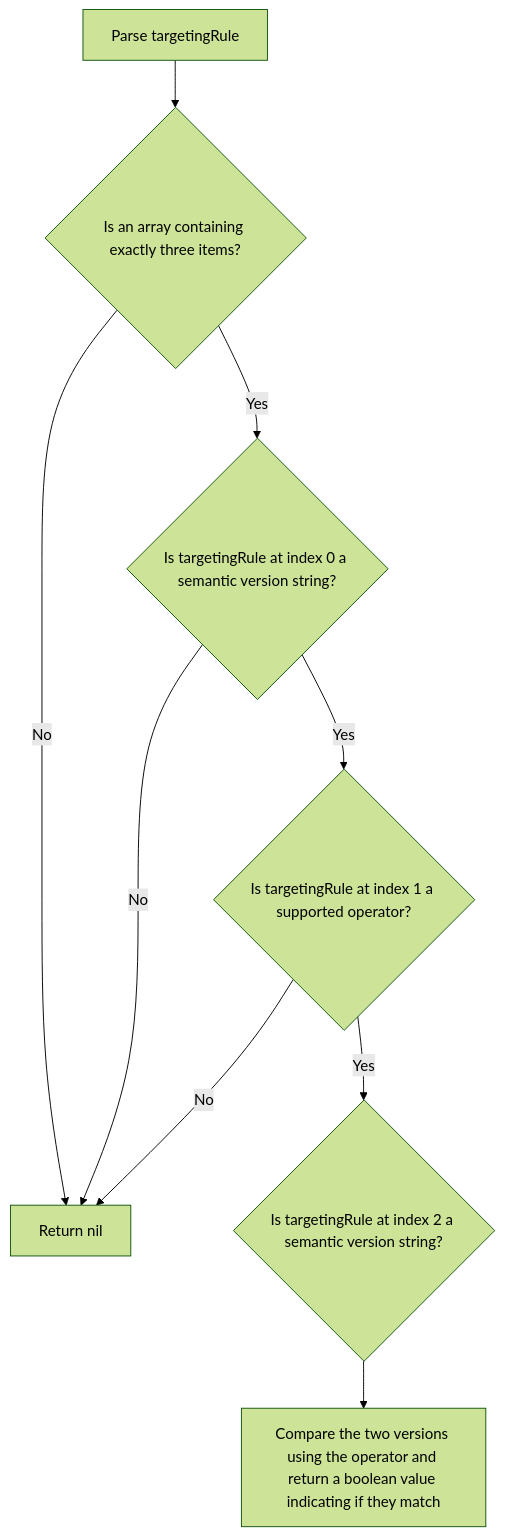
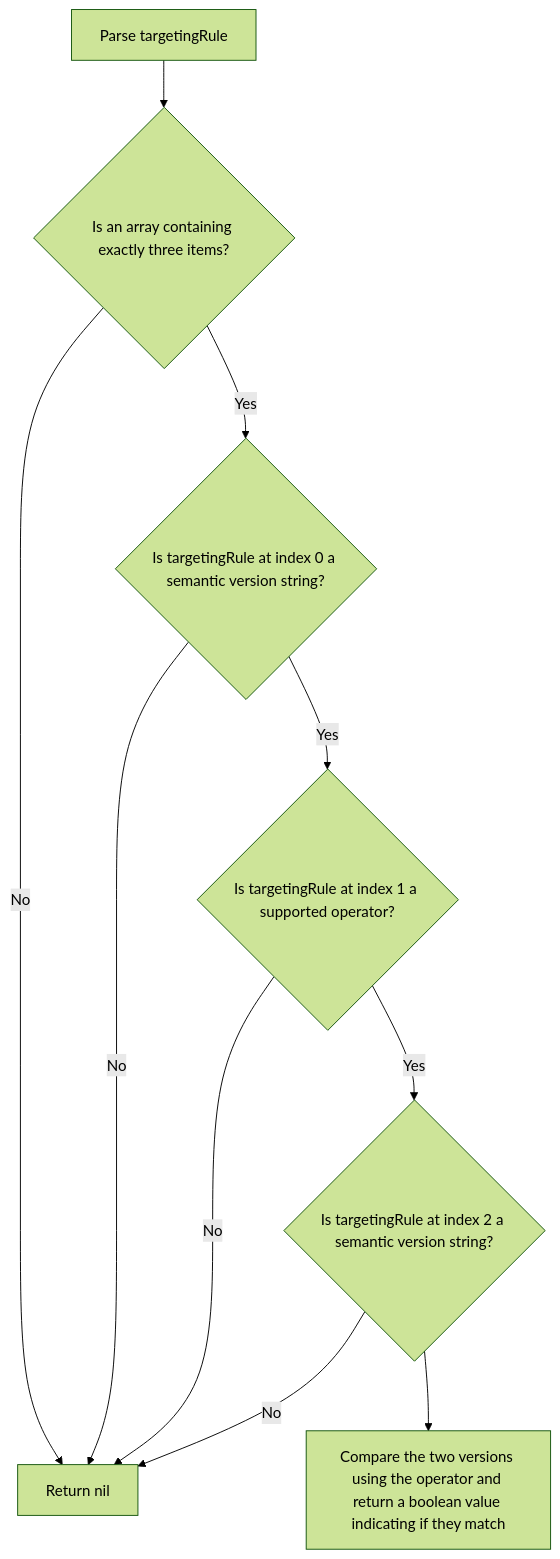
The diagram in docs/other_resources/in-process-providers/evaluators/semver_evaluation.md (open-feature/flagd), drawn with Mermaid (forest theme) before and after one commit.

````diff
--- a/docs/other_resources/in-process-providers/evaluators/semver_evaluation.md
+++ b/docs/other_resources/in-process-providers/evaluators/semver_evaluation.md
@@ -33,11 +33,12 @@
 ```mermaid
 flowchart TD
 A[Parse targetingRule] --> B{Is an array containing exactly three items?};
 B -- Yes --> C{Is targetingRule at index 0 a semantic version string?};
 B -- No --> D[Return nil];
 C -- Yes --> E{Is targetingRule at index 1 a supported operator?};
 C -- No --> D;
 E -- Yes --> F{Is targetingRule at index 2 a semantic version string?};
 E -- No --> D;
+F -- No --> D;
 F --> G[Compare the two versions using the operator and return a boolean value indicating if they match];
 ```
````
